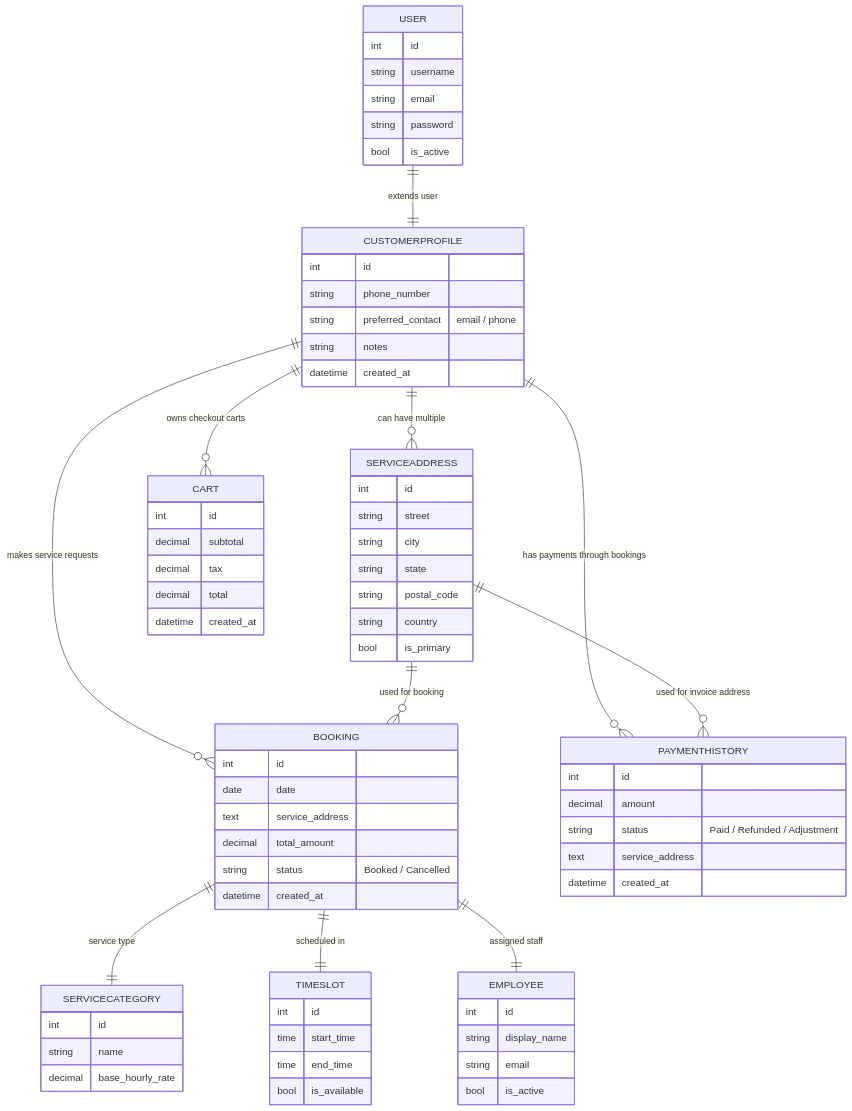
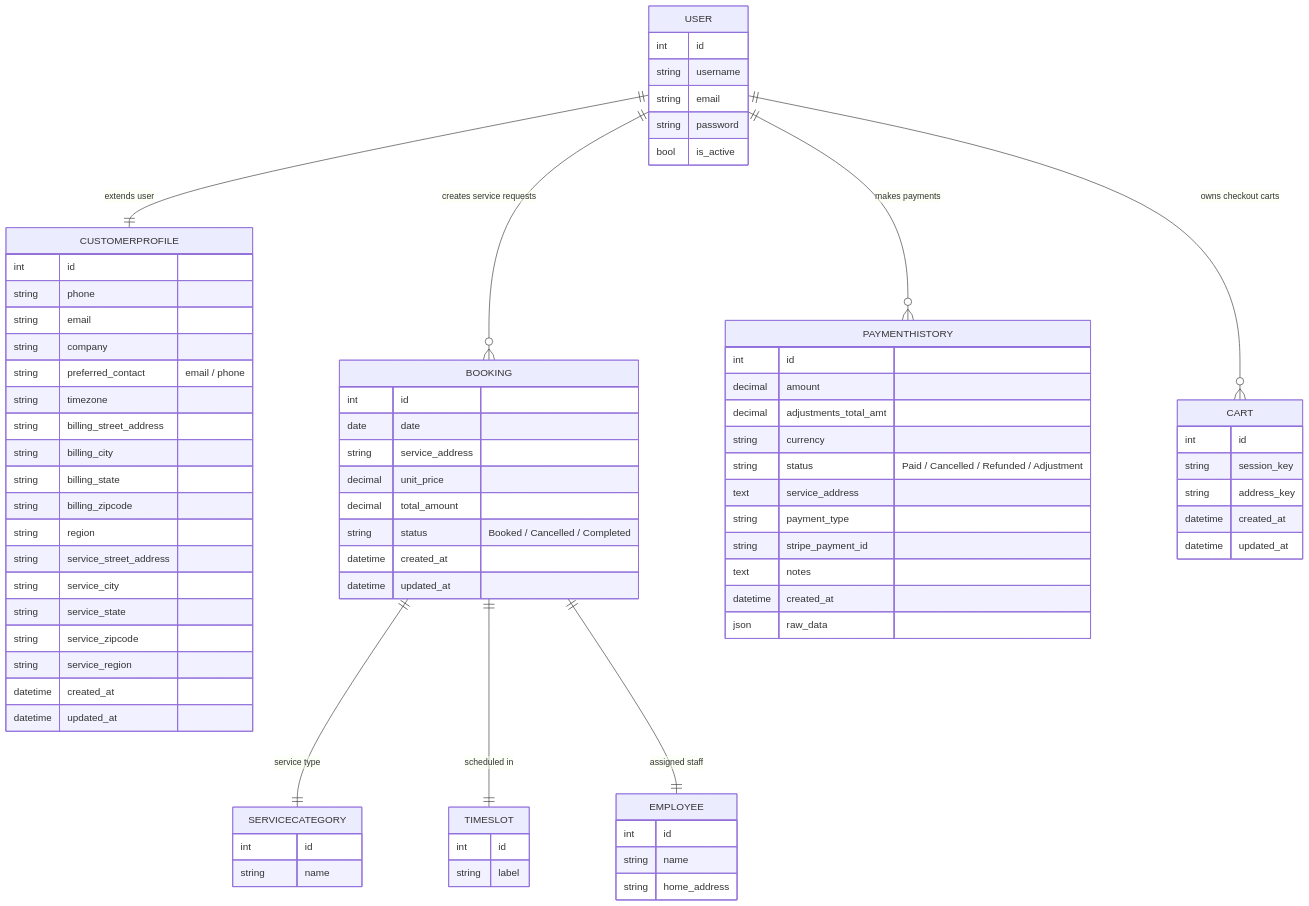
One commit to Pacman0126/tucker-and-dales-home-services changed the third of 5 diagrams in README.md. Above: the diagram before and after it, drawn with Mermaid. The commit also changed other lines of this file, not shown here.

````diff
--- a/README.md
+++ b/README.md
@@ -395,13 +432,10 @@
     %% =========================
 
     USER ||--|| CUSTOMERPROFILE : "extends user"
-    CUSTOMERPROFILE ||--o{ SERVICEADDRESS : "can have multiple"
-    CUSTOMERPROFILE ||--o{ BOOKING : "makes service requests"
-    CUSTOMERPROFILE ||--o{ PAYMENTHISTORY : "has payments through bookings"
-    CUSTOMERPROFILE ||--o{ CART : "owns checkout carts"
 
-    SERVICEADDRESS ||--o{ BOOKING : "used for booking"
-    SERVICEADDRESS ||--o{ PAYMENTHISTORY : "used for invoice address"
+    USER ||--o{ BOOKING : "creates service requests"
+    USER ||--o{ PAYMENTHISTORY : "makes payments"
+    USER ||--o{ CART : "owns checkout carts"
 
     BOOKING ||--|| SERVICECATEGORY : "service type"
     BOOKING ||--|| TIMESLOT : "scheduled in"
@@ -421,71 +455,79 @@
 
     CUSTOMERPROFILE {
       int id
-      string phone_number
+      string phone
+      string email
+      string company
       string preferred_contact "email / phone"
-      string notes
+      string timezone
+      string billing_street_address
+      string billing_city
+      string billing_state
+      string billing_zipcode
+      string region
+      string service_street_address
+      string service_city
+      string service_state
+      string service_zipcode
+      string service_region
       datetime created_at
-    }
-
-    SERVICEADDRESS {
-      int id
-      string street
-      string city
-      string state
-      string postal_code
-      string country
-      bool is_primary
+      datetime updated_at
     }
 
     BOOKING {
       int id
       date date
-      text service_address
+      string service_address
+      decimal unit_price
       decimal total_amount
-      string status "Booked / Cancelled"
+      string status "Booked / Cancelled / Completed"
       datetime created_at
+      datetime updated_at
     }
 
     SERVICECATEGORY {
       int id
       string name
-      decimal base_hourly_rate
     }
 
     TIMESLOT {
       int id
-      time start_time
-      time end_time
-      bool is_available
+      string label
     }
 
     EMPLOYEE {
       int id
-      string display_name
-      string email
-      bool is_active
+      string name
+      string home_address
     }
 
     PAYMENTHISTORY {
       int id
       decimal amount
-      string status "Paid / Refunded / Adjustment"
+      decimal adjustments_total_amt
+      string currency
+      string status "Paid / Cancelled / Refunded / Adjustment"
       text service_address
+      string payment_type
+      string stripe_payment_id
+      text notes
       datetime created_at
+      json raw_data
     }
 
     CART {
       int id
-      decimal subtotal
-      decimal tax
-      decimal total
+      string session_key
+      string address_key
       datetime created_at
+      datetime updated_at
     }
 
     %% =========================
     %% LOGIC FLOW NOTES
     %% =========================
-    %% USER → CUSTOMERPROFILE → SERVICEADDRESS → BOOKING
-    %% PAYMENTHISTORY and CART link via CUSTOMERPROFILE for ownership
+    %% USER -> CUSTOMERPROFILE stores contact, billing, and service address data
+    %% BOOKING and PAYMENTHISTORY store service_address snapshots directly
+    %% CART ownership remains tied to USER/session, not CUSTOMERPROFILE
 
 ```
````
